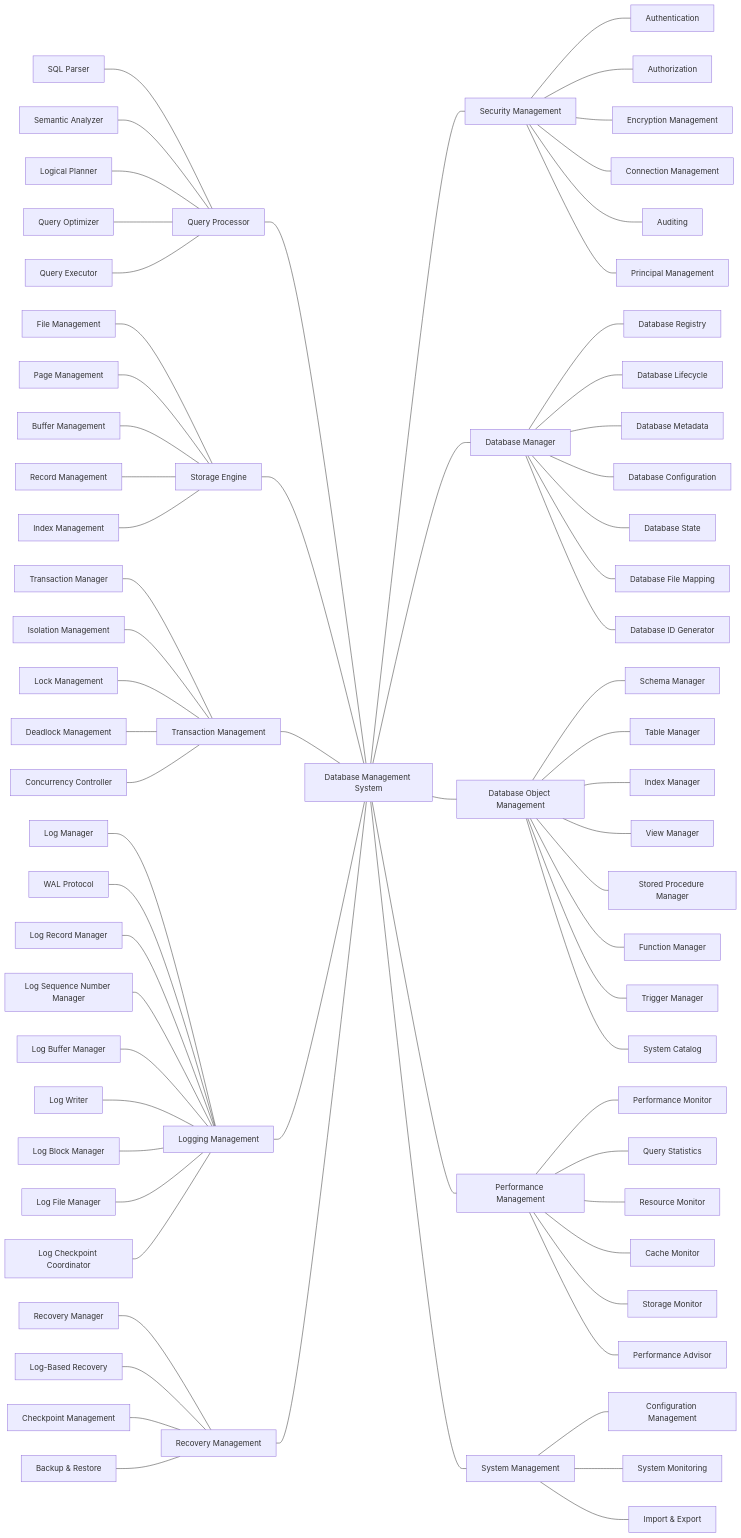
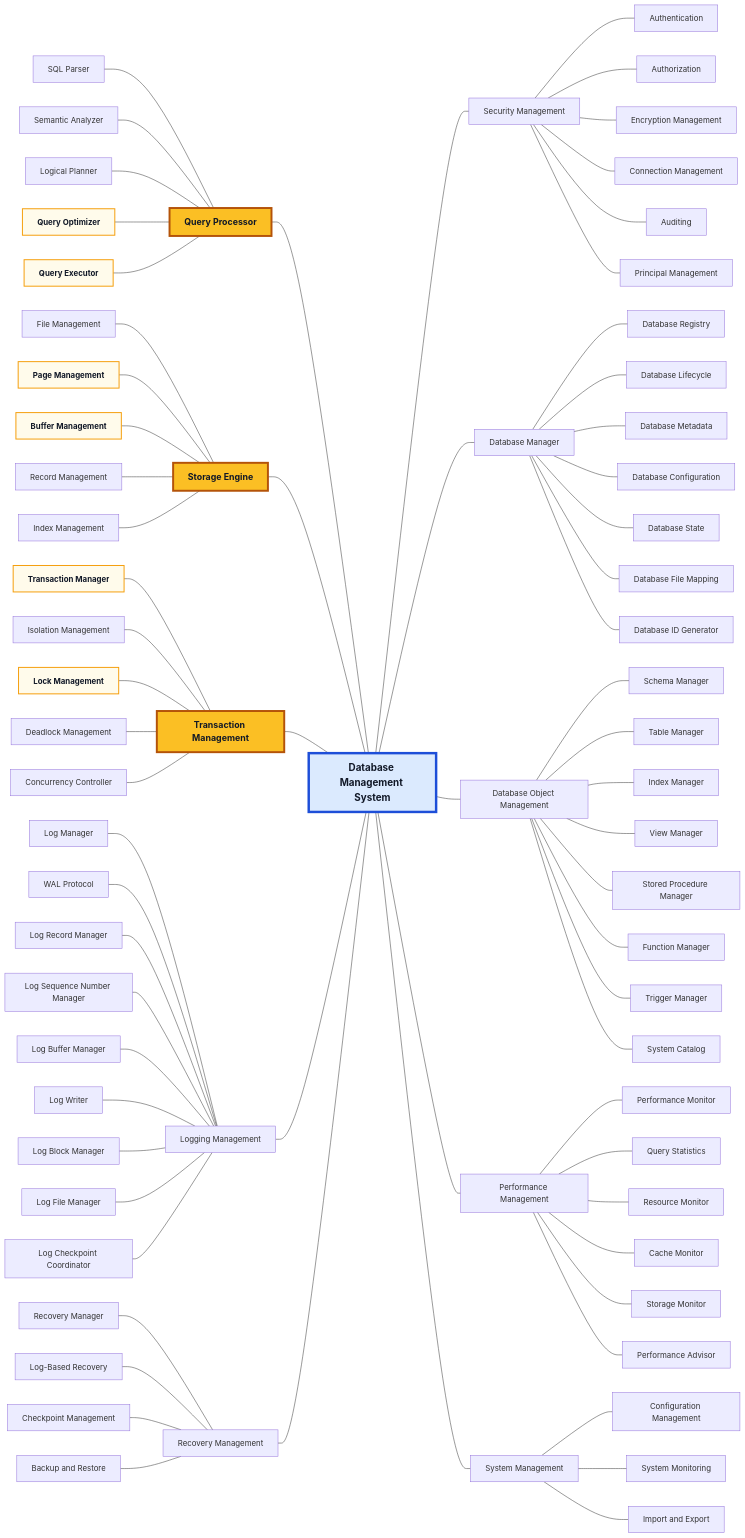
Before and after one commit to manaxpow/DBMS: the first of 11 diagrams in README.md, drawn with Mermaid. The commit also changed other lines of this file and 74 other files, not shown here.

Commit message:
create simple class for transaction management

````diff
--- a/README.md
+++ b/README.md
@@ -5,6 +5,9 @@
 ```mermaid
 flowchart LR
-    %% Left side
+    %% =========================
+    %% LEFT SIDE
+    %% =========================
+
     QP_SP[SQL Parser] --- QP[Query Processor]
     QP_SA[Semantic Analyzer] --- QP
     QP_LP[Logical Planner] --- QP
@@ -40,10 +43,13 @@
     RM_RM[Recovery Manager] --- RM[Recovery Management]
     RM_LBR[Log-Based Recovery] --- RM
     RM_CM[Checkpoint Management] --- RM
-    RM_BR[Backup & Restore] --- RM
+    RM_BR[Backup and Restore] --- RM
     RM --- DBMS
 
-    %% Right side
+    %% =========================
+    %% RIGHT SIDE
+    %% =========================
+
     DBMS --- SecM[Security Management]
     SecM --- SecM_AuthN[Authentication]
     SecM --- SecM_AuthZ[Authorization]
@@ -82,5 +88,36 @@
     DBMS --- SysM[System Management]
     SysM --- SysM_CM[Configuration Management]
     SysM --- SysM_SM[System Monitoring]
-    SysM --- SysM_IE[Import & Export]
+    SysM --- SysM_IE[Import and Export]
+
+    %% =========================
+    %% STYLES
+    %% =========================
+
+    %% Root node
+    classDef dbmsRoot fill:#dbeafe,stroke:#1d4ed8,stroke-width:5px,color:#111827,font-weight:bold,font-size:20px;
+
+    %% Three important Layer 1 subsystems
+    classDef importantLayerOne fill:#fbbf24,stroke:#b45309,stroke-width:4px,color:#111827,font-weight:bold,font-size:18px;
+
+    %% Two selected Layer 2 components inside each important Layer 1
+    classDef importantLayerTwo fill:#fffbeb,stroke:#f59e0b,stroke-width:2px,color:#111827,font-weight:bold;
+
+    %% =========================
+    %% APPLY STYLES
+    %% =========================
+
+    class DBMS dbmsRoot;
+
+    %% Only three important Layer 1 nodes
+    class QP,SE,TM importantLayerOne;
+
+    %% Query Processor: two important Layer 2 components
+    class QP_QO,QP_QE importantLayerTwo;
+
+    %% Storage Engine: two important Layer 2 components
+    class SE_PM,SE_BM importantLayerTwo;
+
+    %% Transaction Management: two important Layer 2 components
+    class TM_TM,TM_LM importantLayerTwo;
 ```
````
